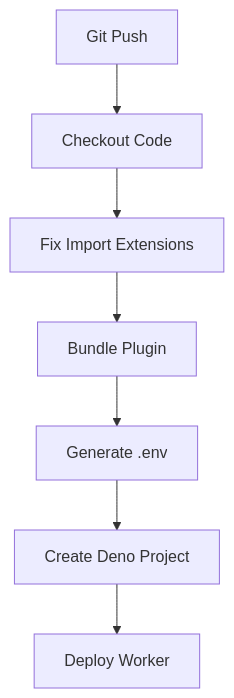
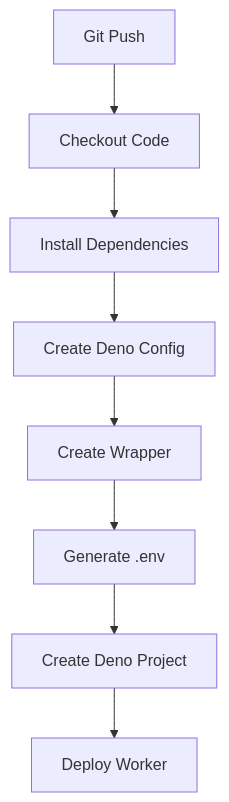
One commit to 0x4007/deno-deploy-debugging changed the diagram in docs/tech-context.md. Above: the diagram before and after it, drawn with Mermaid. The commit also changed other lines of this file and 4 other files, not shown here.

Commit message:
refactor: simplify Deno plugin deployment by removing esbuild bundling and using npm: specifiers

````diff
--- a/docs/tech-context.md
+++ b/docs/tech-context.md
@@ -11,9 +11,10 @@
 ```mermaid
 flowchart TD
     A[Git Push] --> B[Checkout Code]
-    B --> C[Fix Import Extensions]
-    C --> D[Bundle Plugin]
-    D --> E[Generate .env]
-    E --> F[Create Deno Project]
-    F --> G[Deploy Worker]
+    B --> C[Install Dependencies]
+    C --> D[Create Deno Config]
+    D --> E[Create Wrapper]
+    E --> F[Generate .env]
+    F --> G[Create Deno Project]
+    G --> H[Deploy Worker]
 ```
````
